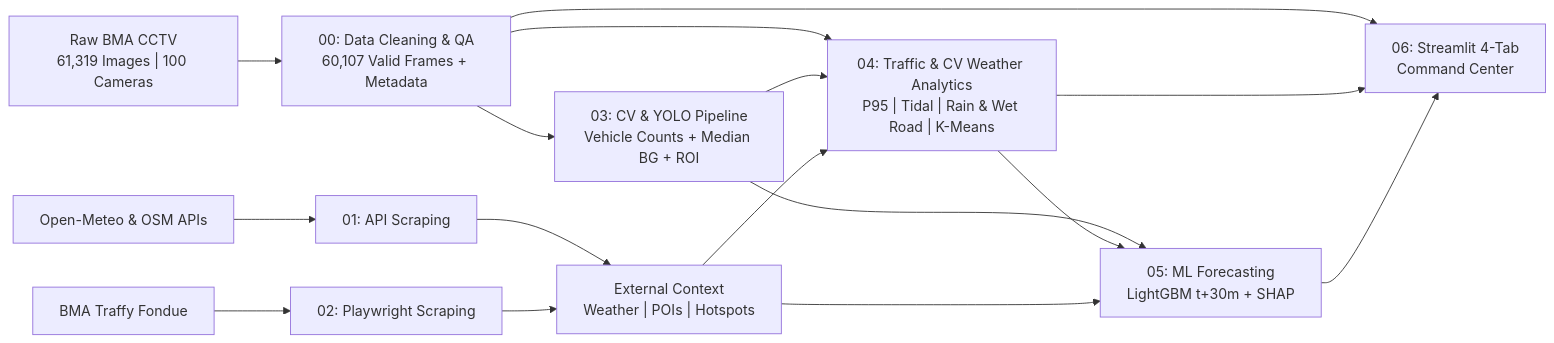
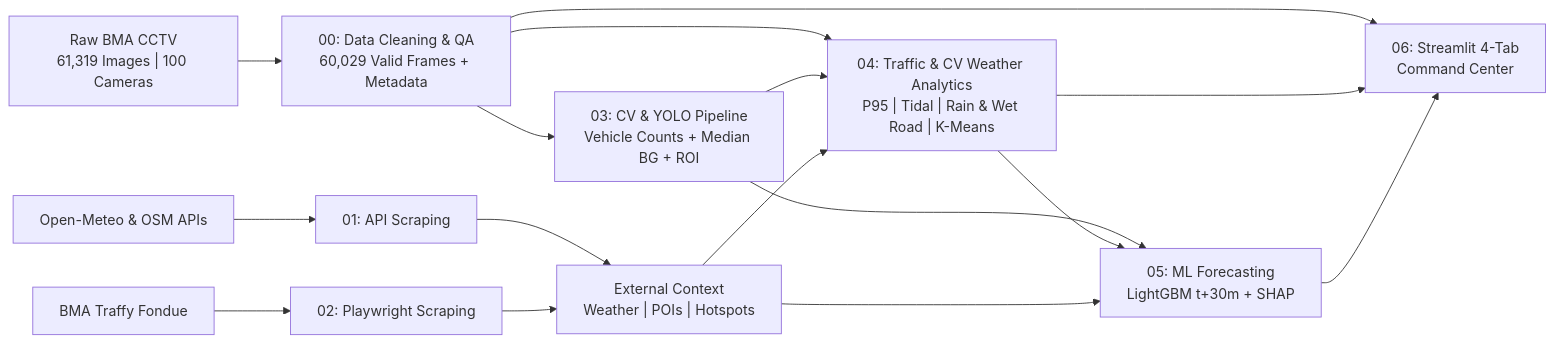
One commit to nontaphatfirm/BKK-Pulse changed the diagram in README.md. Above: the diagram before and after it, drawn with Mermaid. The commit also changed other lines of this file and 18 other files, not shown here.

````diff
--- a/README.md
+++ b/README.md
@@ -29,18 +29,18 @@
 ```mermaid
 flowchart LR
-    RAW["Raw BMA CCTV<br/>61,319 Images | 100 Cameras"] --> T00["00: Data Cleaning & QA<br/>60,107 Valid Frames + Metadata"]
+    RAW["Raw BMA CCTV<br/>61,319 Images | 100 Cameras"] --> T00["00: Data Cleaning & QA<br/>60,029 Valid Frames + Metadata"]
     T00 --> T03["03: CV & YOLO Pipeline<br/>Vehicle Counts + Median BG + ROI"]
     API["Open-Meteo & OSM APIs"] --> T01["01: API Scraping"]
     WEB["BMA Traffy Fondue"] --> T02["02: Playwright Scraping"]
     T01 --> EXT["External Context<br/>Weather | POIs | Hotspots"]
     T02 --> EXT
     T00 --> T04["04: Traffic & CV Weather Analytics<br/>P95 | Tidal | Rain & Wet Road | K-Means"]
     T03 --> T04
     T03 --> T05["05: ML Forecasting<br/>LightGBM t+30m + SHAP"]
     T04 --> T05
     EXT --> T04
     EXT --> T05
     T00 --> T06["06: Streamlit 4-Tab<br/>Command Center"]
     T04 --> T06
     T05 --> T06
 ```
````
